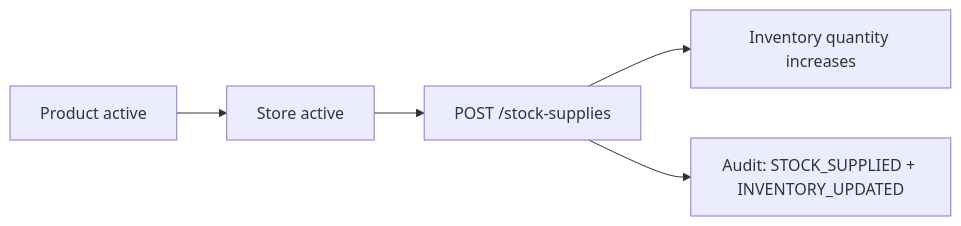
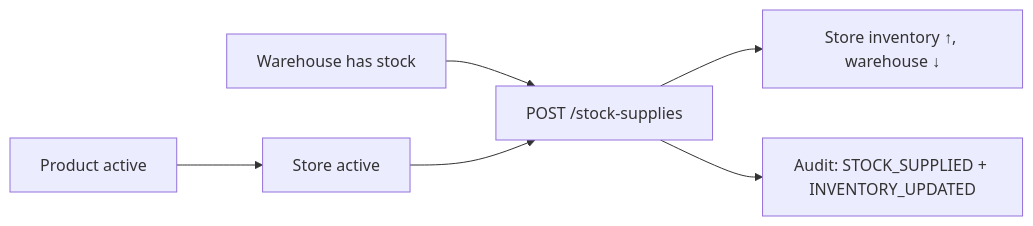
One commit to mrabukar/inventory changed the second of 4 diagrams in api/docs/system-behavior-guide.md. Above: the diagram before and after it, drawn with Mermaid. The commit also changed other lines of this file, not shown here.

Commit message:
Update system behavior guide for purchasing flows.

````diff
--- a/api/docs/system-behavior-guide.md
+++ b/api/docs/system-behavior-guide.md
@@ -131,7 +134,8 @@
 ```mermaid
 flowchart LR
   P[Product active] --> S[Store active]
-  S --> SUP[POST /stock-supplies]
-  SUP --> INV[Inventory quantity increases]
+  W[Warehouse has stock] --> SUP[POST /stock-supplies]
+  S --> SUP
+  SUP --> INV[Store inventory ↑, warehouse ↓]
   SUP --> AUD[Audit: STOCK_SUPPLIED + INVENTORY_UPDATED]
 ```
````
